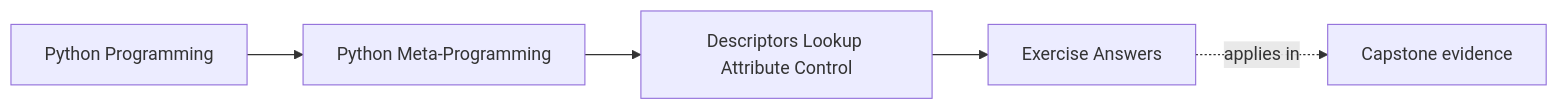
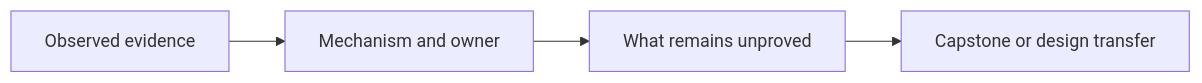
One commit to bijux/bijux-masterclass changed the diagram in programs/python-programming/python-meta-programming/course-book/module-07-descriptors-lookup-attribute-control/exercise-answers.md. Above: the diagram before and after it, drawn with Mermaid. The commit also changed other lines of this file, not shown here.

Commit message:
docs(module-07): align answers with executable evidence

````diff
--- a/programs/python-programming/python-meta-programming/course-book/module-07-descriptors-lookup-attribute-control/exercise-answers.md
+++ b/programs/python-programming/python-meta-programming/course-book/module-07-descriptors-lookup-attribute-control/exercise-answers.md
@@ -7,11 +6,6 @@
 ```mermaid
-graph LR
-  family["Python Programming"]
-  program["Python Meta-Programming"]
-  section["Descriptors Lookup Attribute Control"]
-  page["Exercise Answers"]
-  capstone["Capstone evidence"]
-
-  family --> program --> section --> page
-  page -.applies in.-> capstone
+flowchart LR
+  evidence["Observed evidence"] --> reasoning["Mechanism and owner"]
+  reasoning --> limit["What remains unproved"]
+  limit --> transfer["Capstone or design transfer"]
 ```
````
